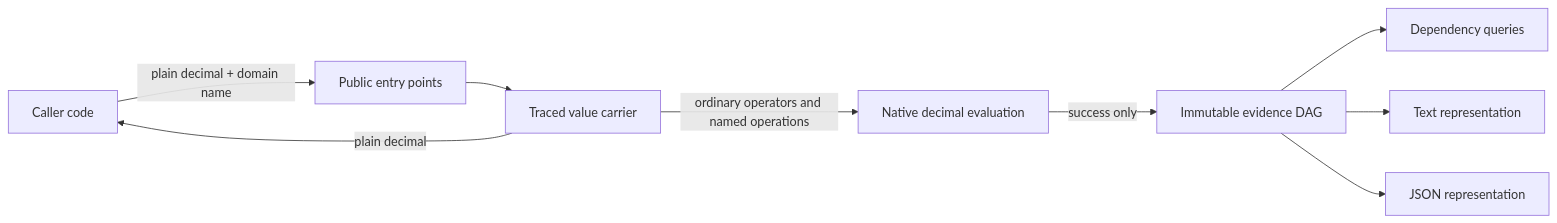
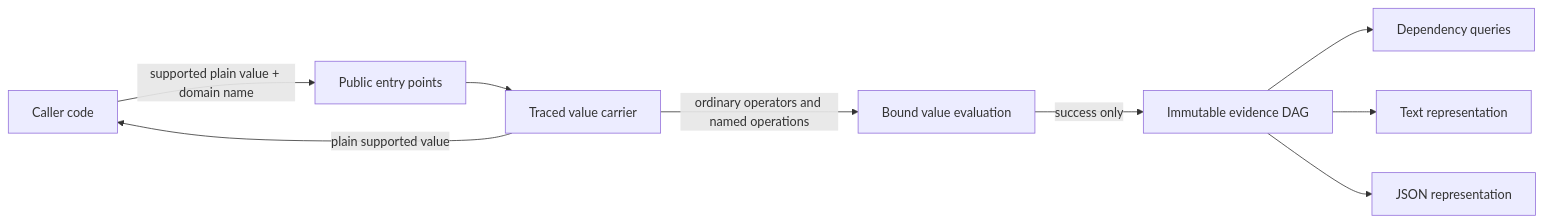
Before and after one commit to urario/Yurai: the diagram in knowledge/design/core-architecture.md, drawn with Mermaid. The commit also changed other lines of this file and 9 other files, not shown here.

````diff
--- a/knowledge/design/core-architecture.md
+++ b/knowledge/design/core-architecture.md
@@ -82,11 +85,11 @@
 ```mermaid
 flowchart LR
-    Caller[Caller code] -->|plain decimal + domain name| Facade[Public entry points]
+    Caller[Caller code] -->|supported plain value + domain name| Facade[Public entry points]
     Facade --> Carrier[Traced value carrier]
-    Carrier -->|ordinary operators and named operations| Native[Native decimal evaluation]
+    Carrier -->|ordinary operators and named operations| Native[Bound value evaluation]
     Native -->|success only| Graph[Immutable evidence DAG]
     Graph --> Query[Dependency queries]
     Graph --> Explain[Text representation]
     Graph --> Json[JSON representation]
-    Carrier -->|plain decimal| Caller
+    Carrier -->|plain supported value| Caller
 ```
````
